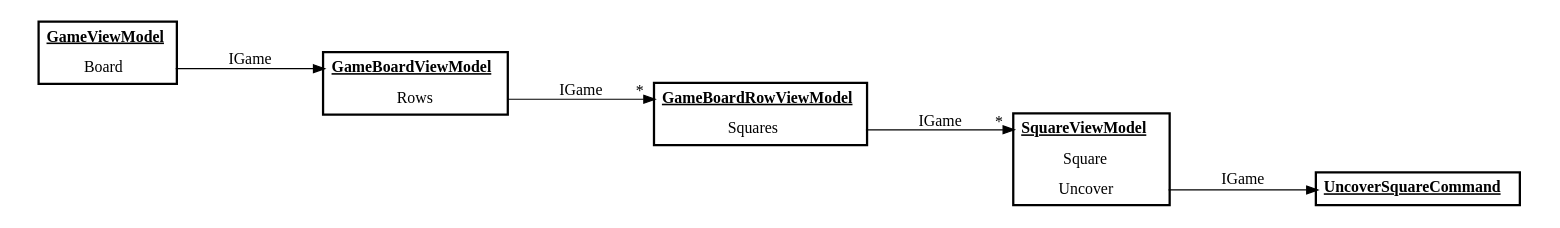
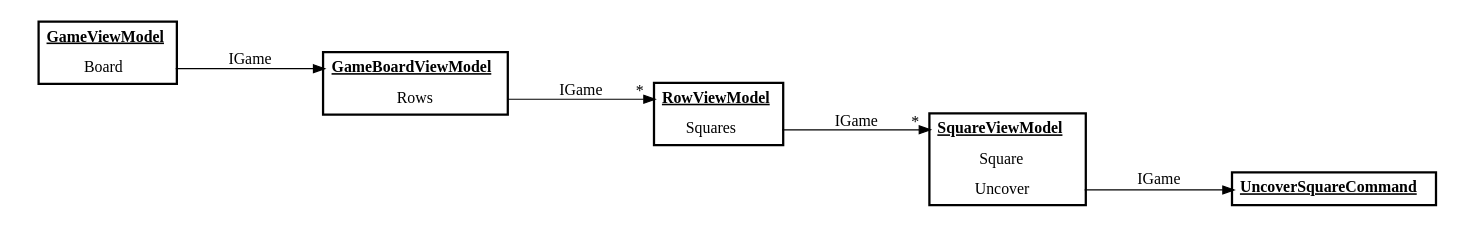
Before and after one commit to ucll-vgo/minesweeper-starter: the diagram in docs/getting-started/passing-igame.gv, drawn with Graphviz. The commit also changed 1 other file, not shown here.

```diff
--- a/docs/getting-started/passing-igame.gv
+++ b/docs/getting-started/passing-igame.gv
@@ -1,44 +1,44 @@
 digraph G {
     node [shape=none,fontname=Consolas,margin="0.3,0.1"]
     rankdir=LR
 
     GameVM [
       label =<<TABLE BORDER="2" CELLBORDER="0" CELLSPACING="1" CELLPADDING="5">
                       <TR><TD PORT="header"><B><U>GameViewModel</U></B></TD></TR>
                       <TR><TD PORT="Board">Board</TD></TR>
                   </TABLE>>
     ]
 
     BoardVM [
       label =<<TABLE BORDER="2" CELLBORDER="0" CELLSPACING="1" CELLPADDING="5">
                       <TR><TD PORT="header"><B><U>GameBoardViewModel</U></B></TD></TR>
                       <TR><TD PORT="Rows">Rows</TD></TR>
                   </TABLE>>
     ]
 
     RowVM [
         label =<<TABLE BORDER="2" CELLBORDER="0" CELLSPACING="1" CELLPADDING="5">
-                      <TR><TD PORT="header"><B><U>GameBoardRowViewModel</U></B></TD></TR>
+                      <TR><TD PORT="header"><B><U>RowViewModel</U></B></TD></TR>
                       <TR><TD PORT="Squares">Squares</TD></TR>
                   </TABLE>>
     ]
 
     SquareVM [
         label =<<TABLE BORDER="2" CELLBORDER="0" CELLSPACING="1" CELLPADDING="5">
                       <TR><TD PORT="header"><B><U>SquareViewModel</U></B></TD></TR>
                       <TR><TD PORT="Square">Square</TD></TR>
                       <TR><TD PORT="Uncover">Uncover</TD></TR>
                   </TABLE>>
     ]
 
     Uncover [
         label =<<TABLE BORDER="2" CELLBORDER="0" CELLSPACING="1" CELLPADDING="5">
                       <TR><TD PORT="header"><B><U>UncoverSquareCommand</U></B></TD></TR>
                   </TABLE>>
     ]
 
     GameVM:Board -> BoardVM:header [label="IGame"]
     BoardVM:Rows -> RowVM:header [headlabel="*",labeldistance=1.5,label="IGame"]
     RowVM:Squares -> SquareVM:header [headlabel="*",labeldistance=1.5,label="IGame"]
     SquareVM:Uncover -> Uncover:header [label="IGame"]
 }
```
